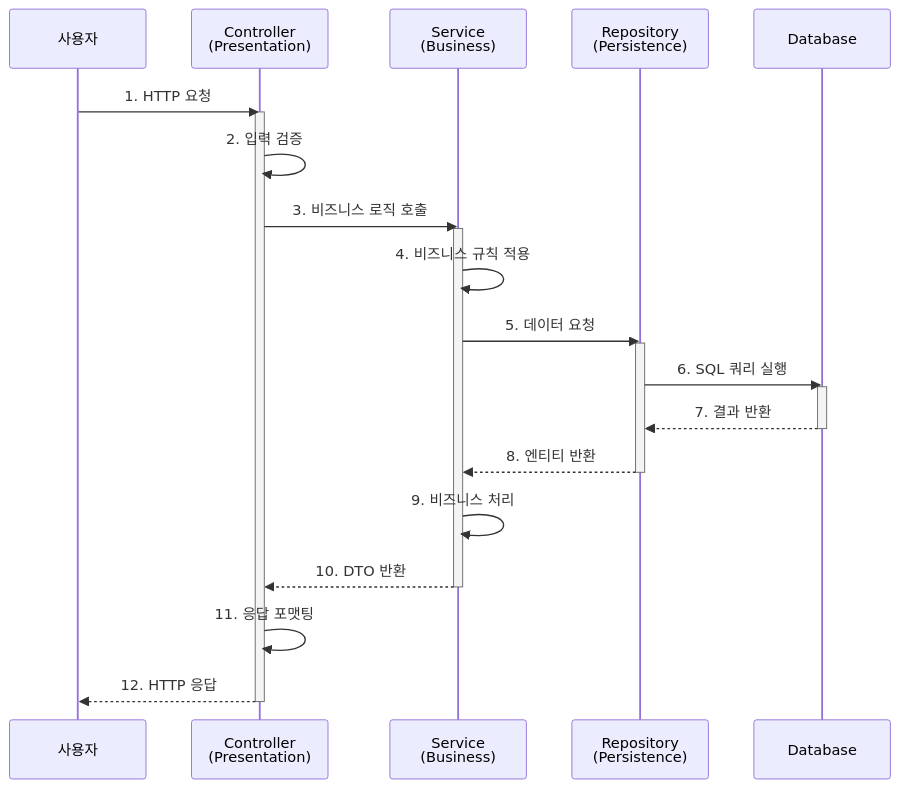
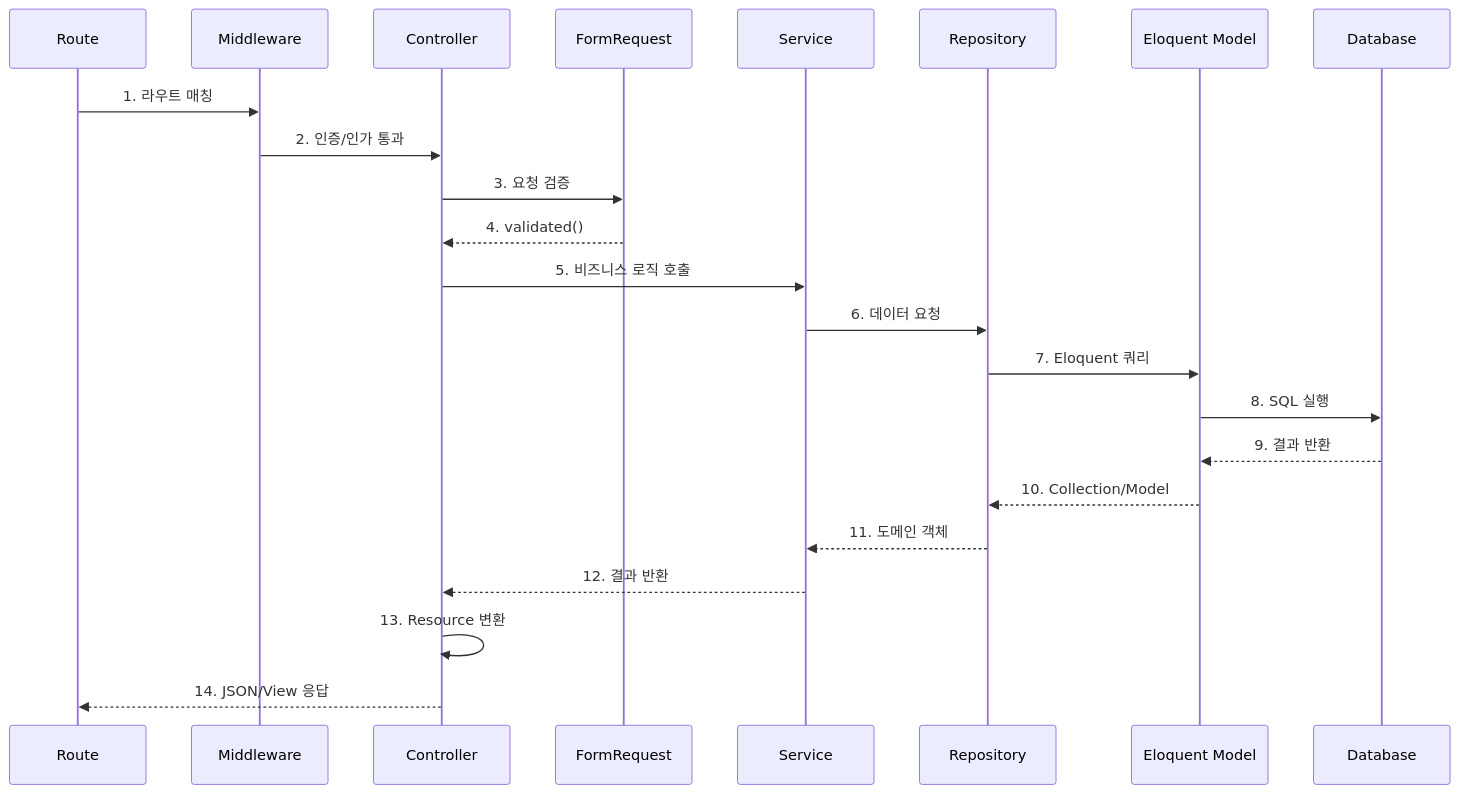
Before and after one commit to shaul1991/study-architecture: diagram 12 of 22 in architecture/layered/README.md, drawn with Mermaid. The commit also changed other lines of this file and 1 other file, not shown here.

````diff
--- a/architecture/layered/README.md
+++ b/architecture/layered/README.md
@@ -573,35 +732,28 @@
 ```mermaid
 sequenceDiagram
-    participant User as 사용자
-    participant Controller as Controller<br/>(Presentation)
-    participant Service as Service<br/>(Business)
-    participant Repository as Repository<br/>(Persistence)
+    participant Route as Route
+    participant MW as Middleware
+    participant Ctrl as Controller
+    participant FR as FormRequest
+    participant Svc as Service
+    participant Repo as Repository
+    participant Model as Eloquent Model
     participant DB as Database
 
-    User->>Controller: 1. HTTP 요청
-    activate Controller
+    Route->>MW: 1. 라우트 매칭
+    MW->>Ctrl: 2. 인증/인가 통과
+    Ctrl->>FR: 3. 요청 검증
+    FR-->>Ctrl: 4. validated()
+    Ctrl->>Svc: 5. 비즈니스 로직 호출
 
-    Controller->>Controller: 2. 입력 검증
-    Controller->>Service: 3. 비즈니스 로직 호출
-    activate Service
+    Svc->>Repo: 6. 데이터 요청
+    Repo->>Model: 7. Eloquent 쿼리
+    Model->>DB: 8. SQL 실행
+    DB-->>Model: 9. 결과 반환
+    Model-->>Repo: 10. Collection/Model
+    Repo-->>Svc: 11. 도메인 객체
 
-    Service->>Service: 4. 비즈니스 규칙 적용
-    Service->>Repository: 5. 데이터 요청
-    activate Repository
-
-    Repository->>DB: 6. SQL 쿼리 실행
-    activate DB
-    DB-->>Repository: 7. 결과 반환
-    deactivate DB
-
-    Repository-->>Service: 8. 엔티티 반환
-    deactivate Repository
-
-    Service->>Service: 9. 비즈니스 처리
-    Service-->>Controller: 10. DTO 반환
-    deactivate Service
-
-    Controller->>Controller: 11. 응답 포맷팅
-    Controller-->>User: 12. HTTP 응답
-    deactivate Controller
+    Svc-->>Ctrl: 12. 결과 반환
+    Ctrl->>Ctrl: 13. Resource 변환
+    Ctrl-->>Route: 14. JSON/View 응답
 ```
````
